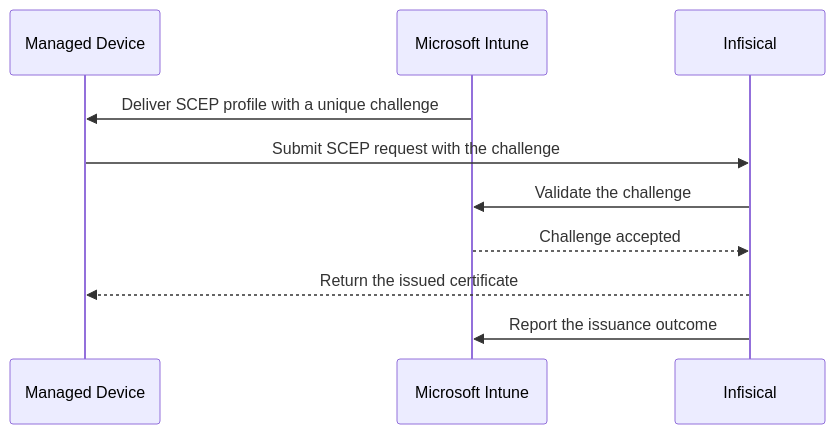
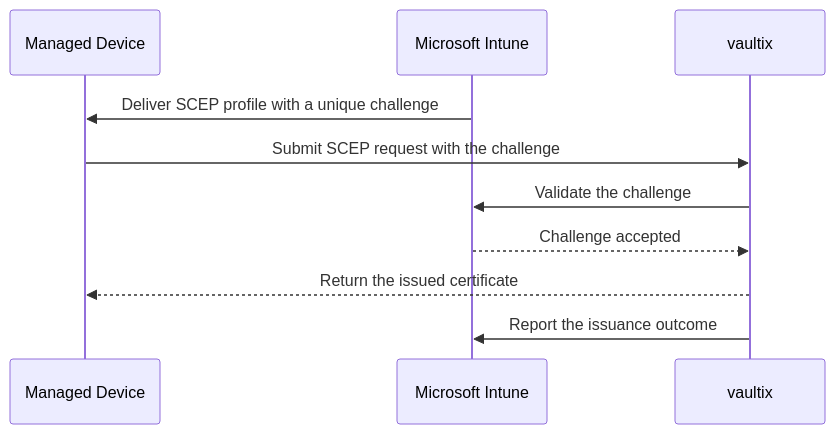
One commit to shippinAI/vaultix changed the diagram in core/docs/documentation/platform/pki/guides/applications/microsoft-intune-scep.mdx. Above: the diagram before and after it, drawn with Mermaid. The commit also changed other lines of this file and 1202 other files, not shown here.

````diff
--- a/core/docs/documentation/platform/pki/guides/applications/microsoft-intune-scep.mdx
+++ b/core/docs/documentation/platform/pki/guides/applications/microsoft-intune-scep.mdx
@@ -19,12 +19,12 @@
 ```mermaid
 sequenceDiagram
     participant Device as Managed Device
     participant Intune as Microsoft Intune
-    participant Infisical
+    participant vaultix
     Intune->>Device: Deliver SCEP profile with a unique challenge
-    Device->>Infisical: Submit SCEP request with the challenge
-    Infisical->>Intune: Validate the challenge
-    Intune-->>Infisical: Challenge accepted
-    Infisical-->>Device: Return the issued certificate
-    Infisical->>Intune: Report the issuance outcome
+    Device->>vaultix: Submit SCEP request with the challenge
+    vaultix->>Intune: Validate the challenge
+    Intune-->>vaultix: Challenge accepted
+    vaultix-->>Device: Return the issued certificate
+    vaultix->>Intune: Report the issuance outcome
 ```
````
